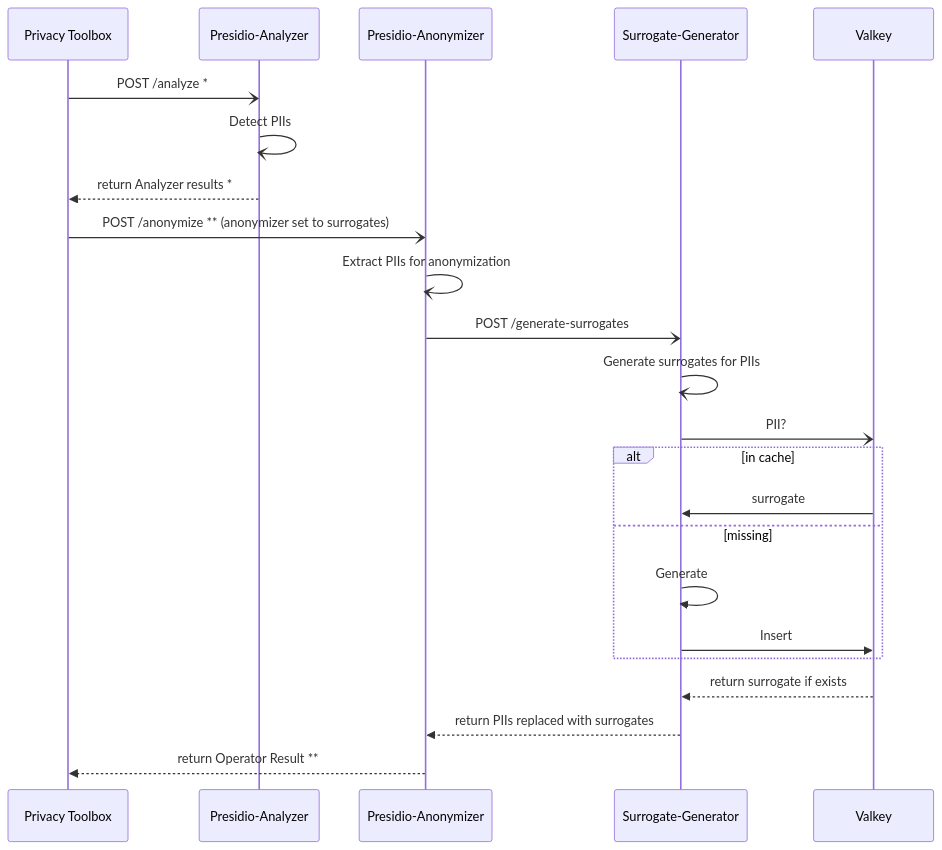
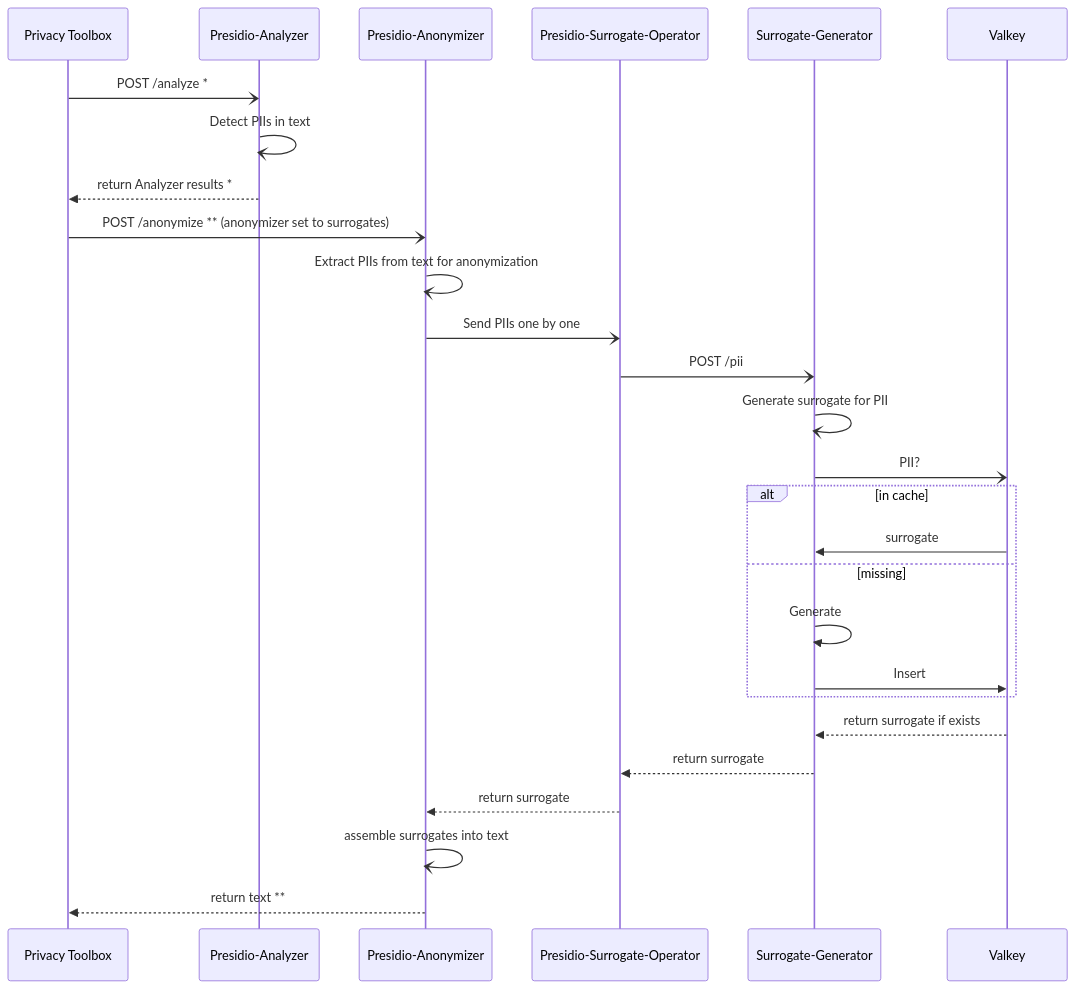
One commit to sdsc-ordes/deid-module changed the diagram in src/modules/surrogates/README.md. Above: the diagram before and after it, drawn with Mermaid. The commit also changed 1 other file, not shown here.

Commit message:
fix: single surrogate generation via match case

````diff
--- a/src/modules/surrogates/README.md
+++ b/src/modules/surrogates/README.md
@@ -24,26 +24,30 @@
 ```mermaid
 sequenceDiagram
     participant PT as Privacy Toolbox
     participant An as Presidio-Analyzer
     participant Anon as Presidio-Anonymizer
+    participant O as Presidio-Surrogate-Operator
     participant SG as Surrogate-Generator
     participant VK as Valkey
 
     PT-)An: POST /analyze *
-    An-)An: Detect PIIs
+    An-)An: Detect PIIs in text
     An-->>PT: return Analyzer results *
     PT-)Anon: POST /anonymize ** (anonymizer set to surrogates)
-    Anon-)Anon: Extract PIIs for anonymization
-    Anon-)SG: POST /generate-surrogates
-    SG-)SG: Generate surrogates for PIIs
+    Anon-)Anon: Extract PIIs from text for anonymization
+    Anon-)O: Send PIIs one by one
+    O-)SG: POST /pii
+    SG-)SG: Generate surrogate for PII
     SG-)VK: PII?
     alt in cache
         VK->>SG: surrogate
     else missing
         SG->>SG: Generate
         SG->>VK: Insert
     end
     VK-->>SG: return surrogate if exists
-    SG-->>Anon: return PIIs replaced with surrogates
-    Anon-->>PT: return Operator Result **
+    SG-->>O: return surrogate
+    O-->>Anon: return surrogate
+    Anon-)Anon: assemble surrogates into text
+    Anon-->>PT: return text **
 ```
````
